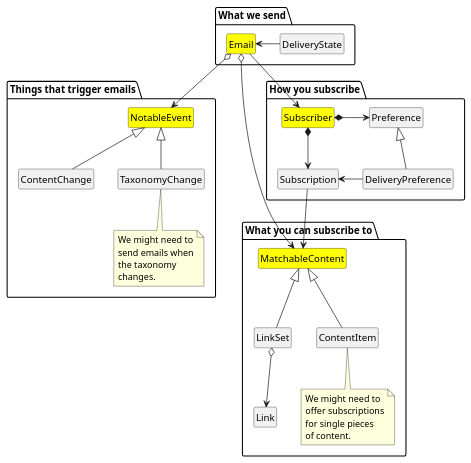
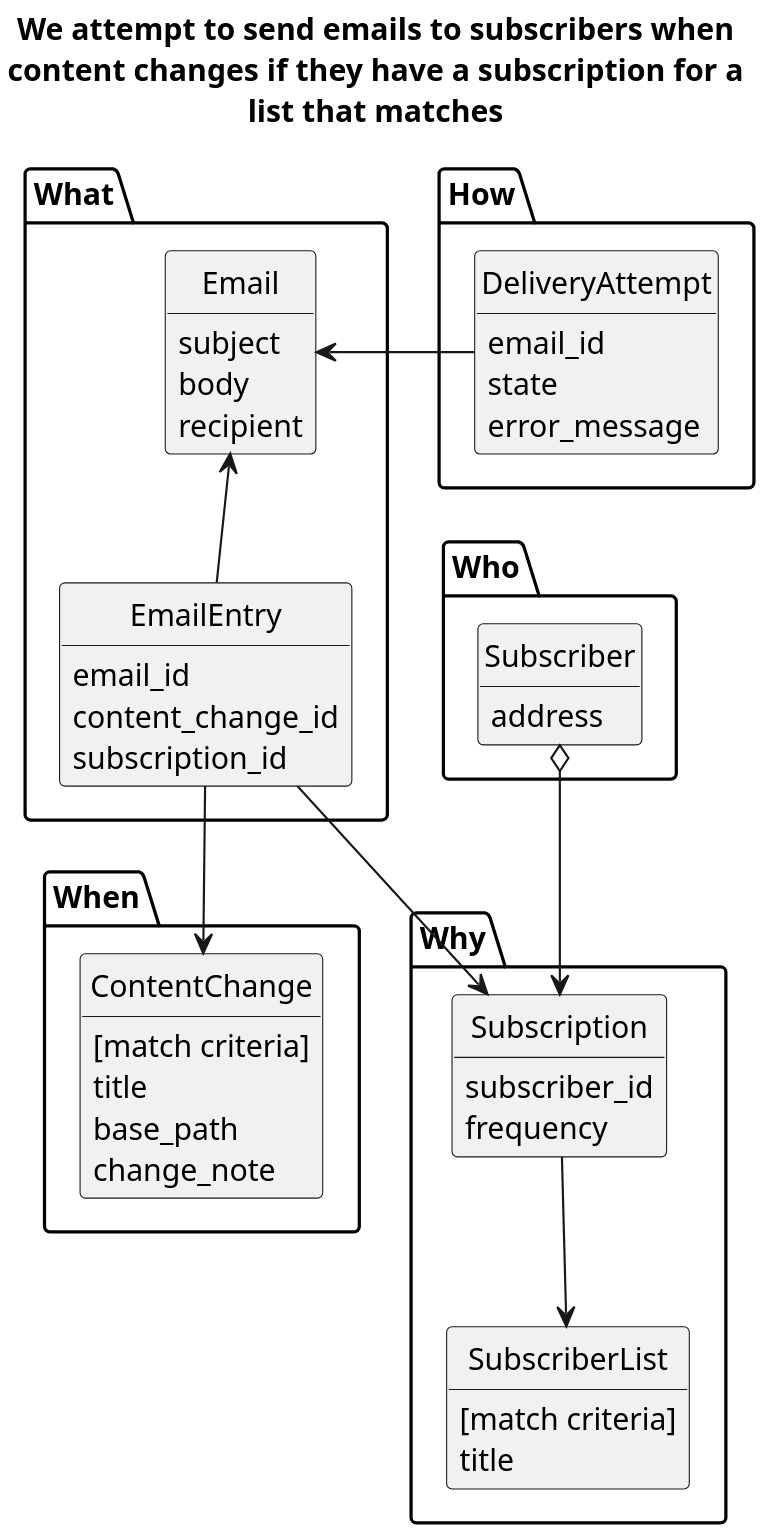
Before and after one commit to alphagov/email-alert-api: the diagram in doc/domain.puml, drawn with PlantUML. The commit also changed 1 other file, not shown here.

```diff
--- a/doc/domain.puml
+++ b/doc/domain.puml
@@ -1,56 +1,70 @@
 @startuml
 
+title We attempt to send emails to subscribers when\n\
+content changes if they have a subscription for a\n\
+list that matches
+
 hide circle
-hide empty fields
 hide empty methods
 skinparam shadowing false
+skinparam dpi 300
 
-package "How you subscribe" {
-	class Subscriber #yellow
-	class Subscription
-	class Preference
-	class DeliveryPreference
-
-	Subscriber *-down-> Subscription
-	Subscriber *-right-> Preference
-	Preference <|-down- DeliveryPreference
-	DeliveryPreference -left-> Subscription
-
+package "When" {
+  class ContentChange {
+    [match criteria]
+    title
+    base_path
+    change_note
+  }
 }
 
-package "What you can subscribe to" {
-	class MatchableContent #yellow
-	class LinkSet
-	class Link
-	class ContentItem
-	note bottom: We might need to\noffer subscriptions\nfor single pieces\nof content.
-
-	MatchableContent <|-down- LinkSet
-	LinkSet o-down-> Link
-	MatchableContent <|-down- ContentItem
+package "Who" {
+  class Subscriber {
+    address
+  }
 }
 
-package "Things that trigger emails" {
-	class NotableEvent #yellow
-	class ContentChange
-	class TaxonomyChange
-	note bottom: We might need to\nsend emails when\nthe taxonomy\nchanges.
+package "Why" {
+  class SubscriberList {
+    [match criteria]
+    title
+  }
 
-	NotableEvent <|-down- ContentChange
-	NotableEvent <|-down- TaxonomyChange
+  class Subscription {
+    subscriber_id
+    frequency
+  }
 }
 
-package "What we send" {
-	class Email #yellow
-	class DeliveryState
+package "What" {
+  class EmailEntry {
+    email_id
+    content_change_id
+    subscription_id
+  }
 
-	DeliveryState -left-> Email
+  class Email {
+    subject
+    body
+    recipient
+  }
 }
 
+package "How" {
+  class DeliveryAttempt {
+    email_id
+    state
+    error_message
+  }
+}
 
-Subscription -down-> MatchableContent
-Email o-down-> NotableEvent
-Email -down-> Subscriber
-Email o-down-> MatchableContent
+Subscriber o-down-> Subscription
+Subscription -down-> SubscriberList
+
+EmailEntry -down-> ContentChange
+EmailEntry -down-> Subscription
+EmailEntry -up-> Email
+
+DeliveryAttempt -left-> Email
 
 @enduml
```
